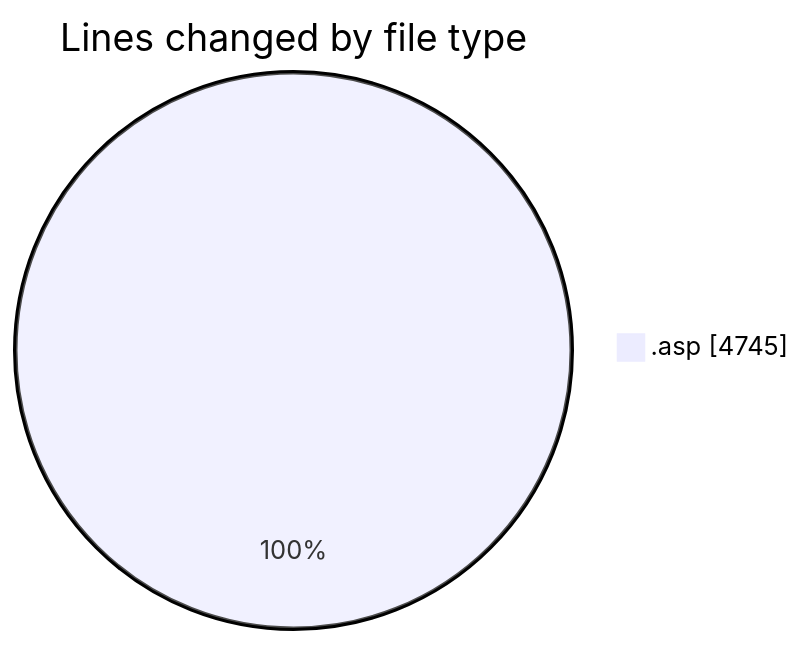
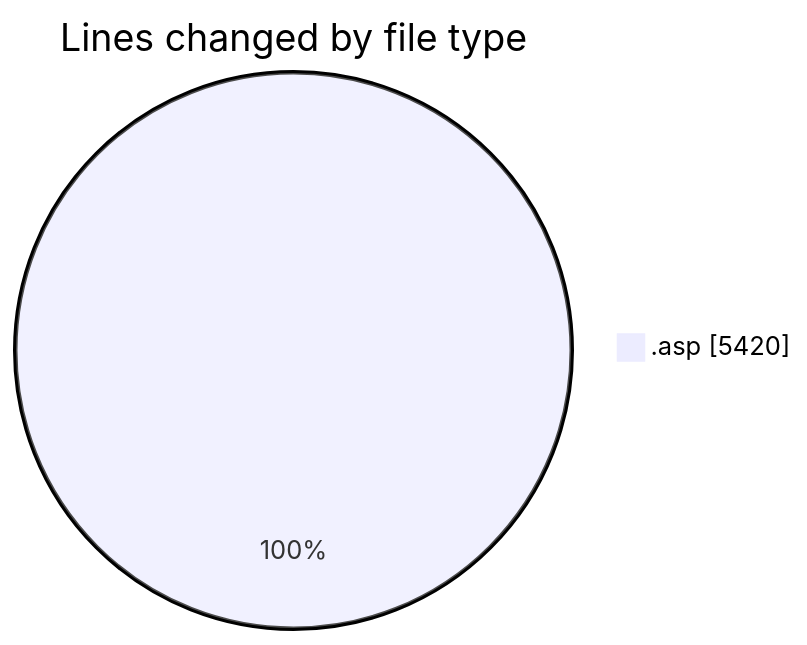
One commit to julien-gomy/code-tracking changed the first of 2 diagrams in 2025-11-15/cdp_aleoudev_fr__workspace_/README.md. Above: the diagram before and after it, drawn with Mermaid. The commit also changed other lines of this file and 1 other file, not shown here.

````diff
--- a/2025-11-15/cdp_aleoudev_fr__workspace_/README.md
+++ b/2025-11-15/cdp_aleoudev_fr__workspace_/README.md
@@ -27,5 +28,5 @@
 ```mermaid
 pie showData
 title Lines changed by file type
-".asp" : 4745
+".asp" : 5420
 ```
````
